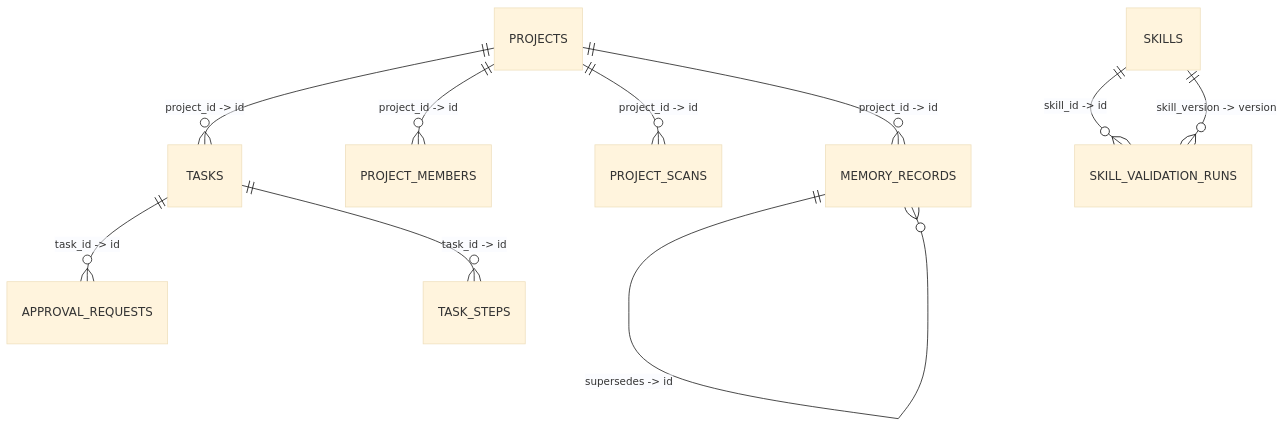
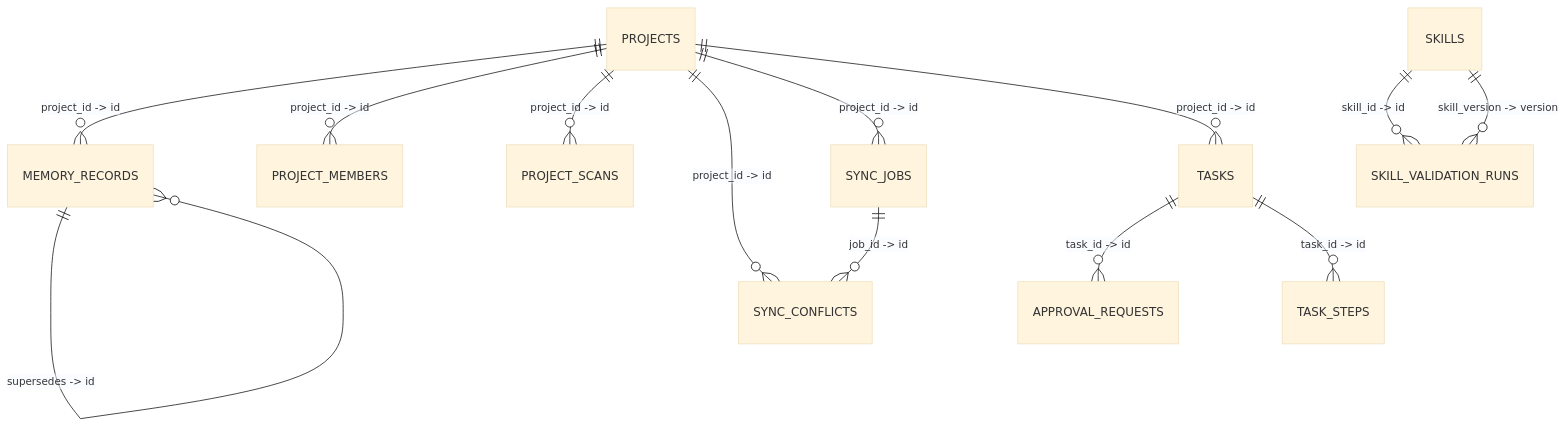
Before and after one commit to khalilo-cs/YM_DEV: the diagram in docs/DATABASE_SCHEMA.md, drawn with Mermaid (base theme). The commit also changed other lines of this file and 23 other files, not shown here.

````diff
--- a/docs/DATABASE_SCHEMA.md
+++ b/docs/DATABASE_SCHEMA.md
@@ -17,12 +18,15 @@
 ```mermaid
 erDiagram
     MEMORY_RECORDS ||--o{ MEMORY_RECORDS : "supersedes -> id"
     PROJECTS ||--o{ MEMORY_RECORDS : "project_id -> id"
     PROJECTS ||--o{ PROJECT_MEMBERS : "project_id -> id"
     PROJECTS ||--o{ PROJECT_SCANS : "project_id -> id"
+    PROJECTS ||--o{ SYNC_CONFLICTS : "project_id -> id"
+    PROJECTS ||--o{ SYNC_JOBS : "project_id -> id"
     PROJECTS ||--o{ TASKS : "project_id -> id"
     SKILLS ||--o{ SKILL_VALIDATION_RUNS : "skill_id -> id"
     SKILLS ||--o{ SKILL_VALIDATION_RUNS : "skill_version -> version"
+    SYNC_JOBS ||--o{ SYNC_CONFLICTS : "job_id -> id"
     TASKS ||--o{ APPROVAL_REQUESTS : "task_id -> id"
     TASKS ||--o{ TASK_STEPS : "task_id -> id"
 ```
````
